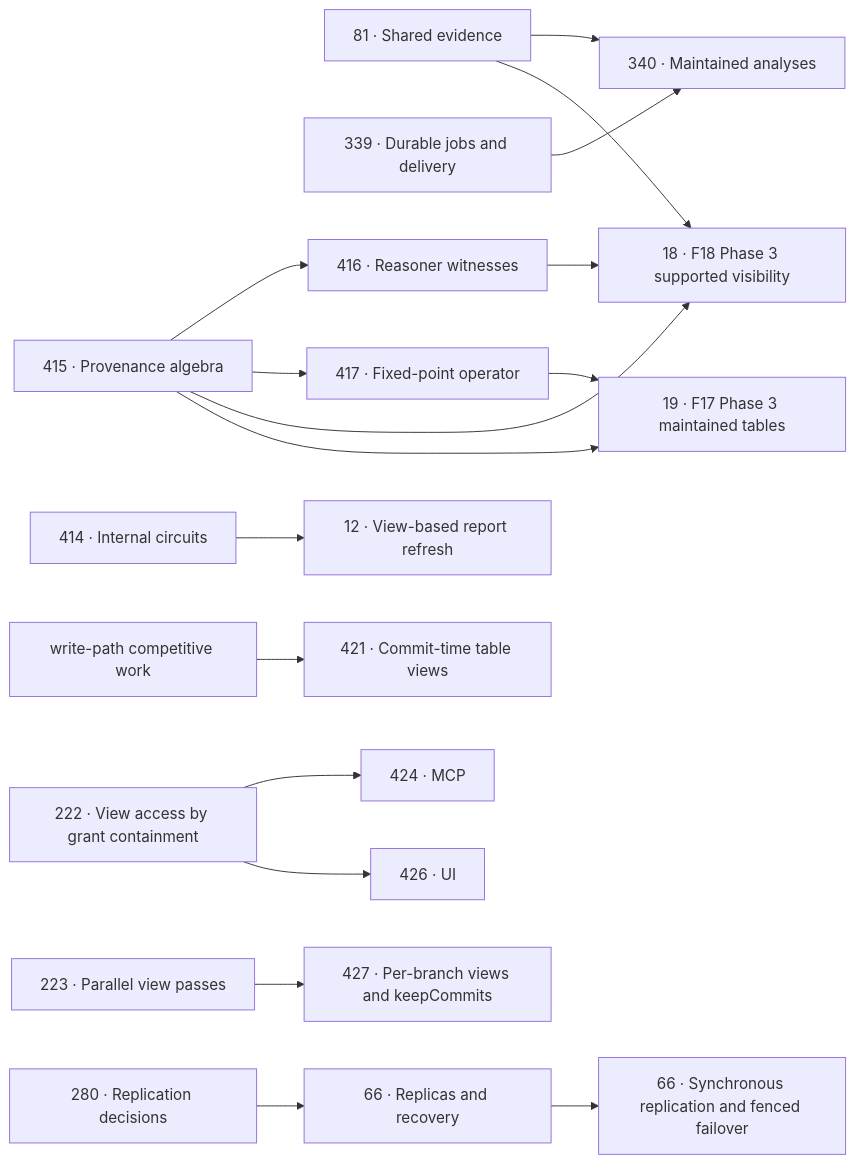
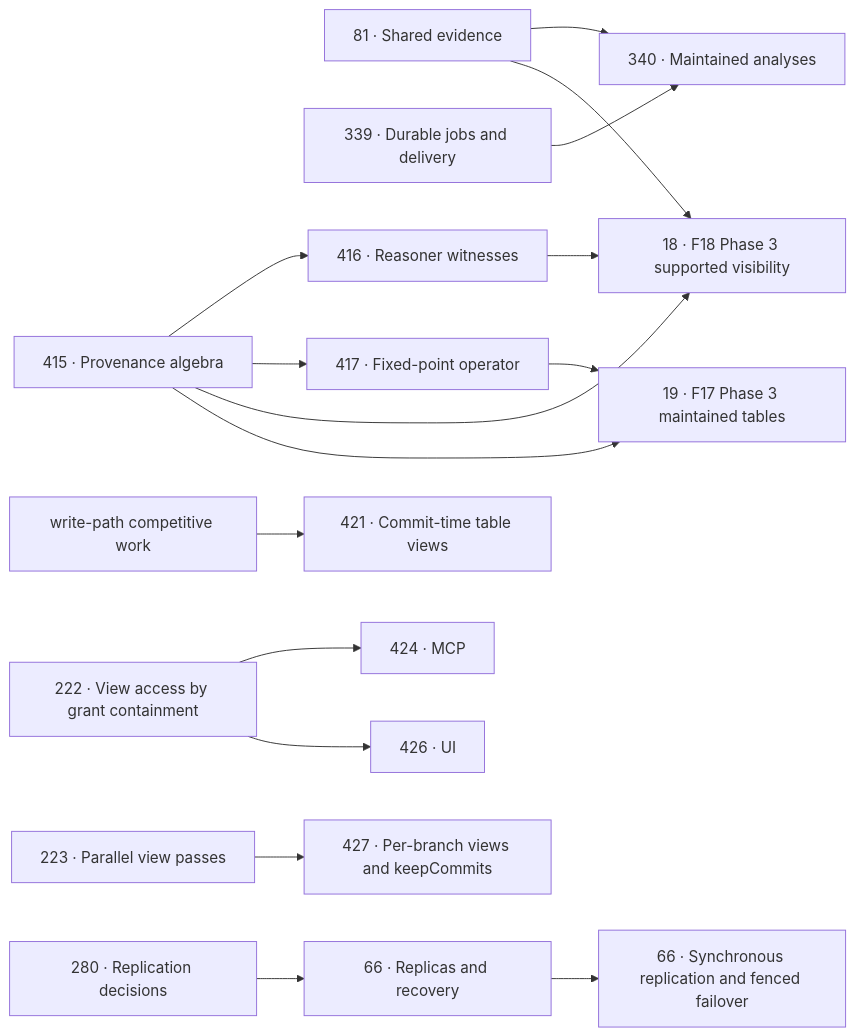
Before and after one commit to kclejeune/sparkles: the second of 2 diagrams in docs/ROADMAP.md, drawn with Mermaid. The commit also changed other lines of this file and 6 other files, not shown here.

First line of the commit message:
Document internal circuits and their ordering against commits

````diff
--- a/docs/ROADMAP.md
+++ b/docs/ROADMAP.md
@@ -287,19 +287,18 @@
 ```mermaid
 flowchart LR
     E["81 · Shared evidence"] --> A["340 · Maintained analyses"]
     J["339 · Durable jobs and delivery"] --> A
     L2["415 · Provenance algebra"] --> L3["416 · Reasoner witnesses"]
     L2 --> L4["417 · Fixed-point operator"]
-    L1["414 · Internal circuits"] --> R["12 · View-based report refresh"]
     L2 --> V["18 · F18 Phase 3 supported visibility"]
     L3 --> V
     E --> V
     L2 --> T["19 · F17 Phase 3 maintained tables"]
     L4 --> T
     W["write-path competitive work"] --> L8["421 · Commit-time table views"]
     P222["222 · View access by grant containment"] --> L11["424 · MCP"]
     P222 --> L13["426 · UI"]
     P223["223 · Parallel view passes"] --> L14["427 · Per-branch views and keepCommits"]
     B["280 · Replication decisions"] --> D["66 · Replicas and recovery"]
     D --> S["66 · Synchronous replication and fenced failover"]
 ```
````
